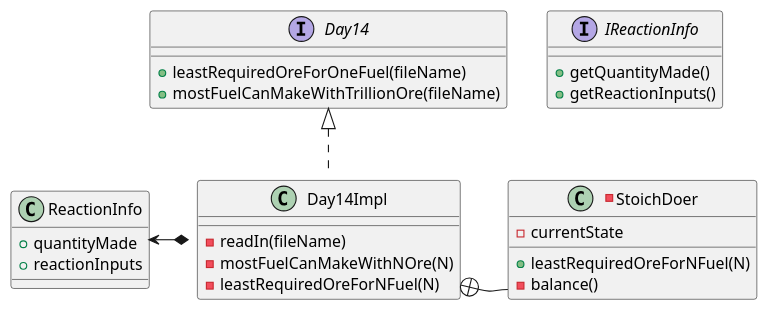
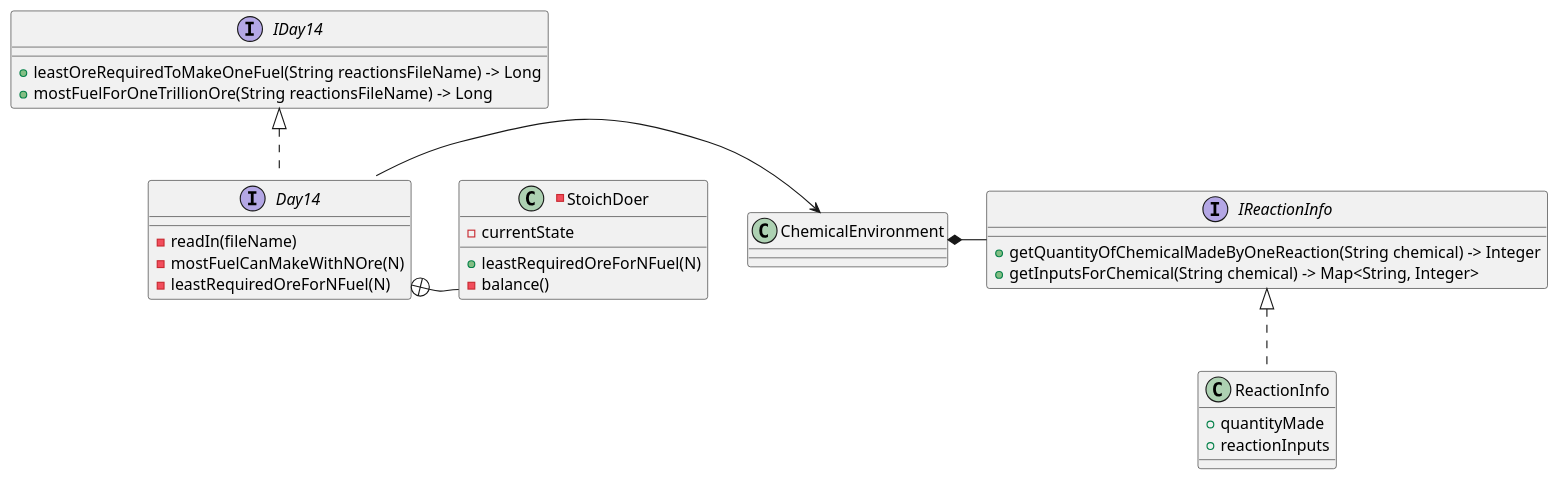
The diagram in src/year_2019/day14/day_14_uml.puml (jdbr827/AdventOfCode_2019_Java), drawn with PlantUML before and after one commit. The commit also changed 8 other files, not shown here.

```diff
--- a/src/year_2019/day14/day_14_uml.puml
+++ b/src/year_2019/day14/day_14_uml.puml
@@ -1,43 +1,48 @@
 @startuml
 'https://plantuml.com/class-diagram
 
 
 
 class ReactionInfo {
 + quantityMade
 + reactionInputs
 }
 
 -class StoichDoer {
-+ leastRequiredOreForNFuel(N)
++leastRequiredOreForNFuel(N)
 - currentState
 - balance()
 }
 
 interface IReactionInfo {
-+ getQuantityMade()
-+ getReactionInputs()
++getQuantityOfChemicalMadeByOneReaction(String chemical) -> Integer
++getInputsForChemical(String chemical) -> Map<String, Integer>
+}
+
+interface IDay14 {
++leastOreRequiredToMakeOneFuel(String reactionsFileName) -> Long
++mostFuelForOneTrillionOre(String reactionsFileName) -> Long
+
 }
 
 interface Day14 {
-+leastRequiredOreForOneFuel(fileName)
-+mostFuelCanMakeWithTrillionOre(fileName)
-
-}
-
-class Day14Impl {
 -readIn(fileName)
 -mostFuelCanMakeWithNOre(N)
 -leastRequiredOreForNFuel(N)
 
 }
 
+Class ChemicalEnvironment {
+}
 
 
-Day14 <|.. Day14Impl
+IDay14 <|.. Day14
+Day14 -> ChemicalEnvironment
+ChemicalEnvironment *- IReactionInfo
+IReactionInfo <|.. ReactionInfo
 
 
-ReactionInfo <-* Day14Impl
-Day14Impl::leastRequiredOreForNFuel +-StoichDoer
+
+Day14::leastRequiredOreForNFuel +-StoichDoer
 
 @enduml
```
